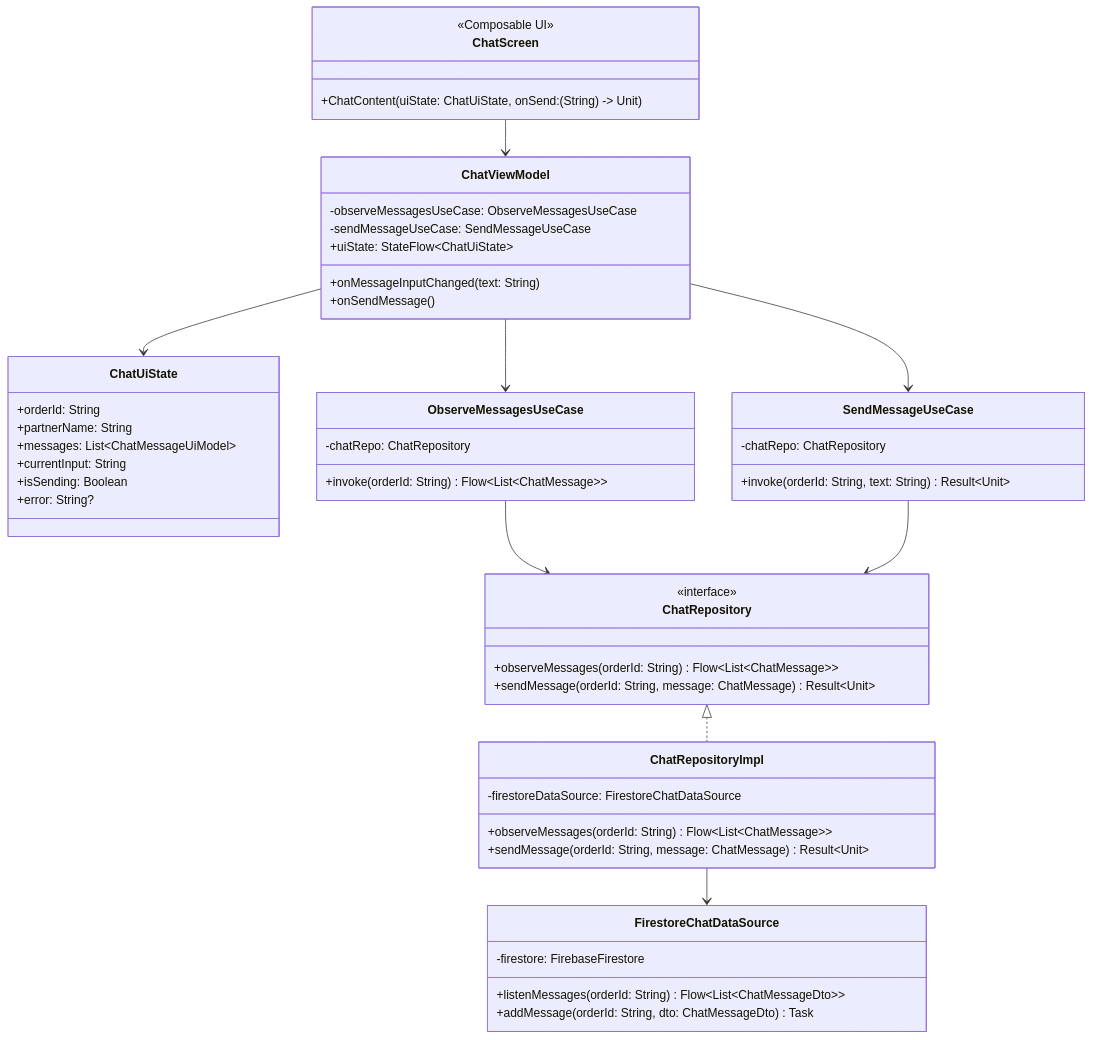
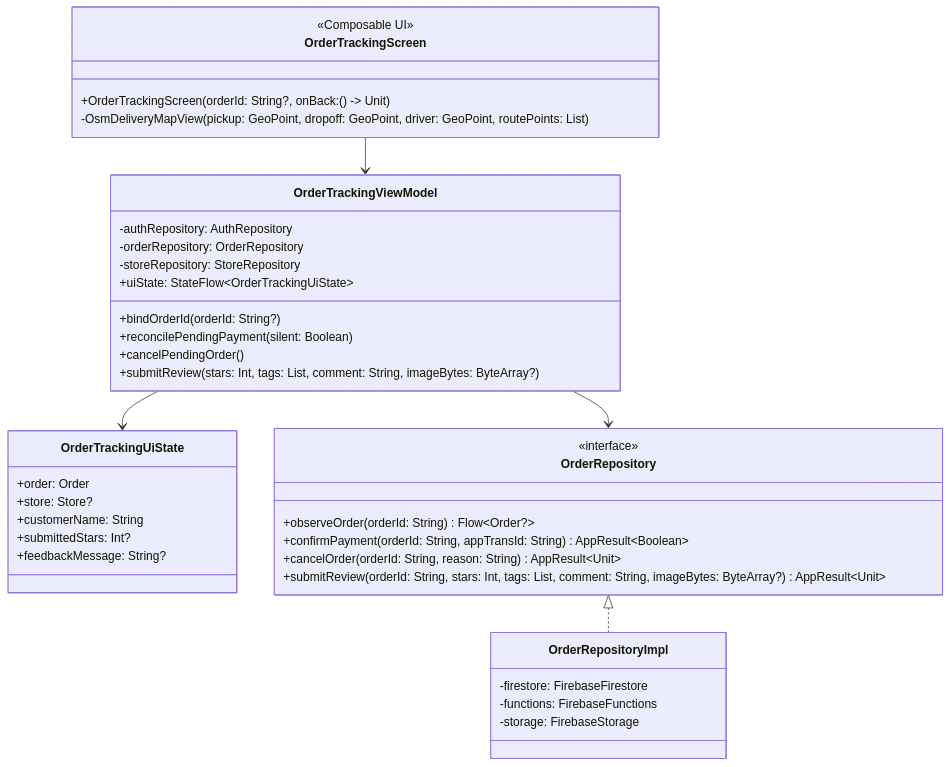
Before and after one commit to thanhpino/MobileAppFinalProject-MiaoSong: the ninth of 10 diagrams in docs/06-state-data-class.md, drawn with Mermaid. The commit also changed other lines of this file and 10 other files, not shown here.

Commit message:
docs(freeze): sync all diagrams/ERD/API contracts with code & add interactive Archify flow HTML

````diff
--- a/docs/06-state-data-class.md
+++ b/docs/06-state-data-class.md
@@ -567,61 +553,46 @@
 ```mermaid
 classDiagram
-    class ChatScreen {
+    class OrderTrackingScreen {
         <<Composable UI>>
-        +ChatContent(uiState: ChatUiState, onSend: (String) -> Unit)
+        +OrderTrackingScreen(orderId: String?, onBack: () -> Unit)
+        -OsmDeliveryMapView(pickup: GeoPoint, dropoff: GeoPoint, driver: GeoPoint, routePoints: List)
     }
 
-    class ChatViewModel {
-        -observeMessagesUseCase: ObserveMessagesUseCase
-        -sendMessageUseCase: SendMessageUseCase
-        +uiState: StateFlow~ChatUiState~
-        +onMessageInputChanged(text: String)
-        +onSendMessage()
+    class OrderTrackingViewModel {
+        -authRepository: AuthRepository
+        -orderRepository: OrderRepository
+        -storeRepository: StoreRepository
+        +uiState: StateFlow~OrderTrackingUiState~
+        +bindOrderId(orderId: String?)
+        +reconcilePendingPayment(silent: Boolean)
+        +cancelPendingOrder()
+        +submitReview(stars: Int, tags: List, comment: String, imageBytes: ByteArray?)
     }
 
-    class ChatUiState {
-        +orderId: String
-        +partnerName: String
-        +messages: List~ChatMessageUiModel~
-        +currentInput: String
-        +isSending: Boolean
-        +error: String?
+    class OrderTrackingUiState {
+        +order: Order
+        +store: Store?
+        +customerName: String
+        +submittedStars: Int?
+        +feedbackMessage: String?
     }
 
-    class ObserveMessagesUseCase {
-        -chatRepo: ChatRepository
-        +invoke(orderId: String) Flow~List~ChatMessage~~
+    class OrderRepository {
+        <<interface>>
+        +observeOrder(orderId: String) Flow~Order?~
+        +confirmPayment(orderId: String, appTransId: String) AppResult~Boolean~
+        +cancelOrder(orderId: String, reason: String) AppResult~Unit~
+        +submitReview(orderId: String, stars: Int, tags: List, comment: String, imageBytes: ByteArray?) AppResult~Unit~
     }
 
-    class SendMessageUseCase {
-        -chatRepo: ChatRepository
-        +invoke(orderId: String, text: String) Result~Unit~
+    class OrderRepositoryImpl {
+        -firestore: FirebaseFirestore
+        -functions: FirebaseFunctions
+        -storage: FirebaseStorage
     }
 
-    class ChatRepository {
-        <<interface>>
-        +observeMessages(orderId: String) Flow~List~ChatMessage~~
-        +sendMessage(orderId: String, message: ChatMessage) Result~Unit~
-    }
-
-    class ChatRepositoryImpl {
-        -firestoreDataSource: FirestoreChatDataSource
-        +observeMessages(orderId: String) Flow~List~ChatMessage~~
-        +sendMessage(orderId: String, message: ChatMessage) Result~Unit~
-    }
-
-    class FirestoreChatDataSource {
-        -firestore: FirebaseFirestore
-        +listenMessages(orderId: String) Flow~List~ChatMessageDto~~
-        +addMessage(orderId: String, dto: ChatMessageDto) Task
-    }
-
-    ChatScreen --> ChatViewModel
-    ChatViewModel --> ChatUiState
-    ChatViewModel --> ObserveMessagesUseCase
-    ChatViewModel --> SendMessageUseCase
-    ObserveMessagesUseCase --> ChatRepository
-    SendMessageUseCase --> ChatRepository
-    ChatRepository <|.. ChatRepositoryImpl
-    ChatRepositoryImpl --> FirestoreChatDataSource
+    OrderTrackingScreen --> OrderTrackingViewModel
+    OrderTrackingViewModel --> OrderTrackingUiState
+    OrderTrackingViewModel --> OrderRepository
+    OrderRepository <|.. OrderRepositoryImpl
 ```
````
